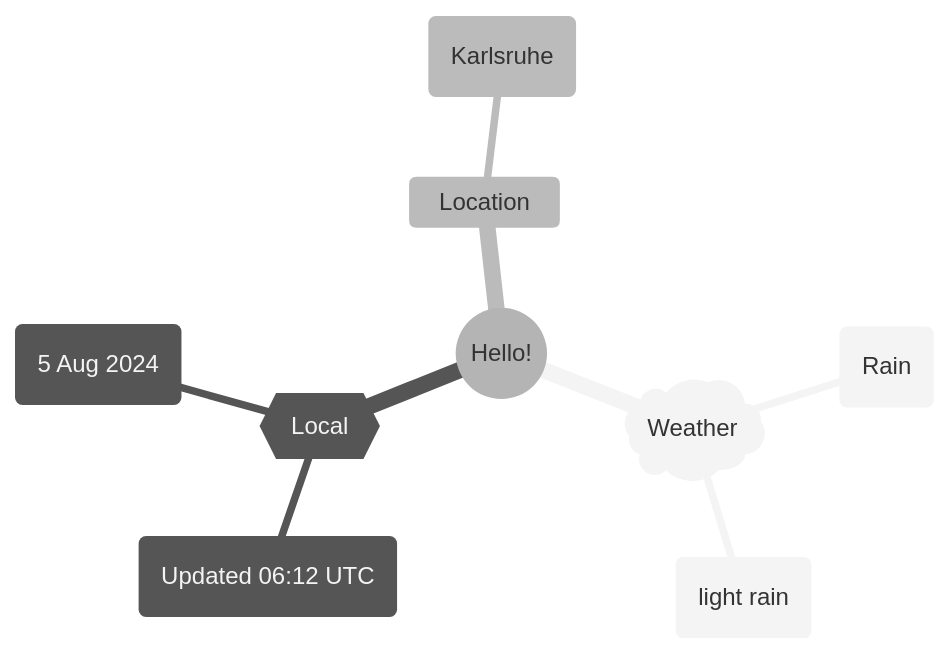
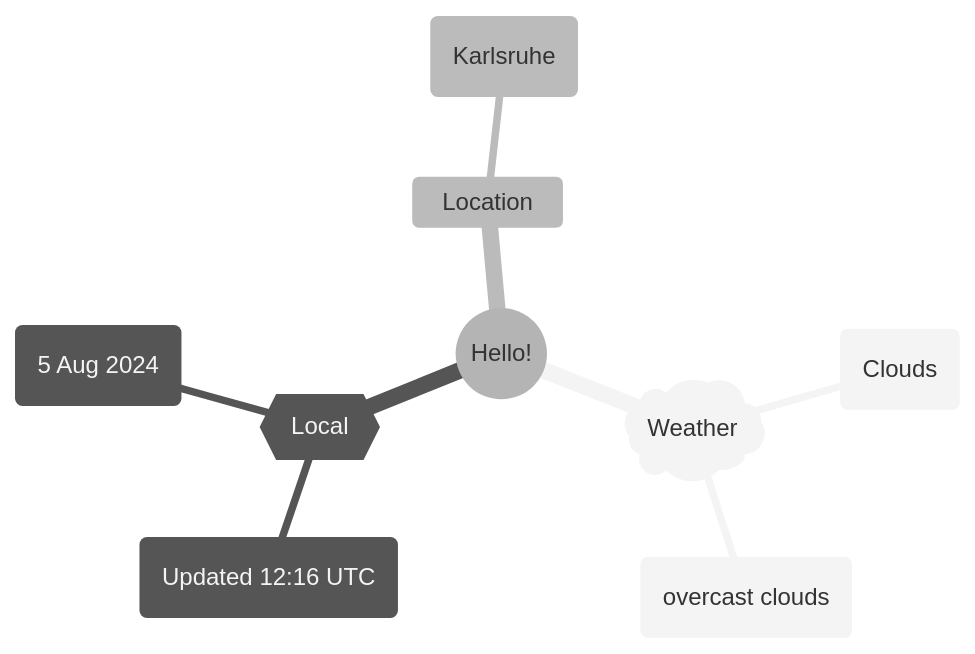
Before and after one commit to Xosrov/Xosrov: the first of 2 diagrams in README.md, drawn with Mermaid (neutral theme).

Commit message:
[bot] updated images

````diff
--- a/README.md
+++ b/README.md
@@ -3,12 +3,12 @@
 ```mermaid
 mindmap
   root((Hello!))
     )Weather(
-        (Rain)
-        (light rain)
+        (Clouds)
+        (overcast clouds)
     {{Local}}
-        (Updated 06:12 UTC)
+        (Updated 12:16 UTC)
         (5 Aug 2024)
     Location
         (Karlsruhe)
 ```
````
